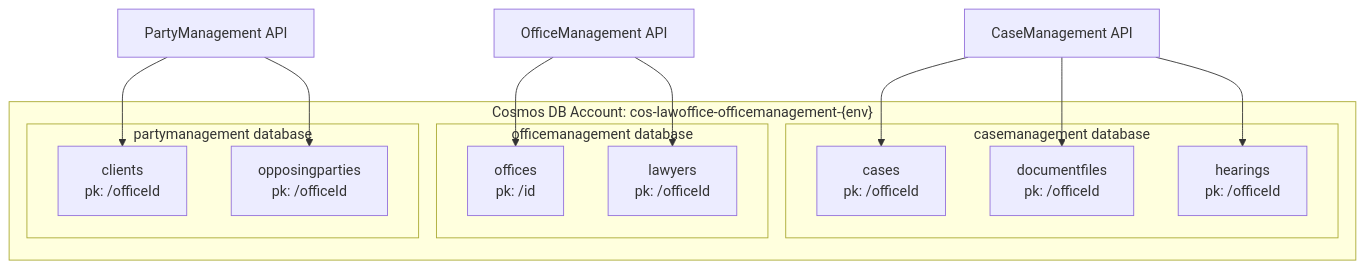
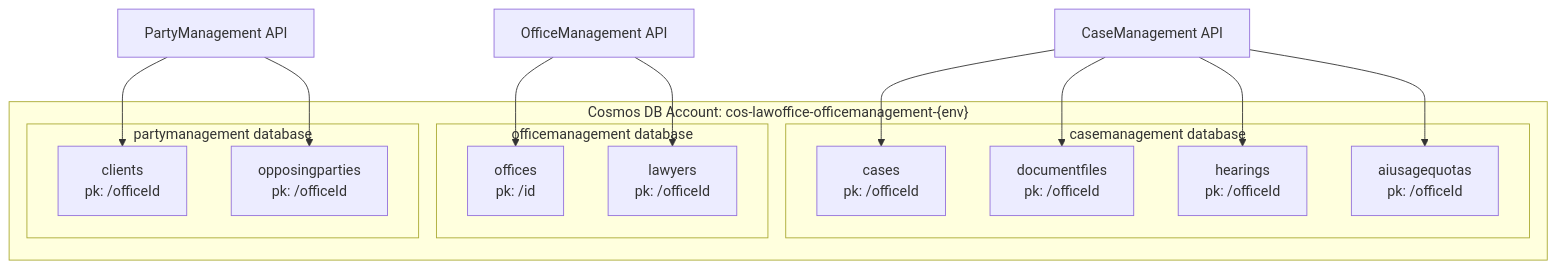
Before and after one commit to dejanefremovout/LawOffice: the first of 4 diagrams in docs/architecture/DATA_ARCHITECTURE.md, drawn with Mermaid. The commit also changed other lines of this file and 47 other files, not shown here.

````diff
--- a/docs/architecture/DATA_ARCHITECTURE.md
+++ b/docs/architecture/DATA_ARCHITECTURE.md
@@ -47,30 +48,32 @@
 ```mermaid
 graph TB
     subgraph "Cosmos DB Account: cos-lawoffice-officemanagement-{env}"
         subgraph "casemanagement database"
             C_CASES["cases<br/>pk: /officeId"]
             C_DOCS["documentfiles<br/>pk: /officeId"]
             C_HEAR["hearings<br/>pk: /officeId"]
+            C_AI["aiusagequotas<br/>pk: /officeId"]
         end
 
         subgraph "officemanagement database"
             O_OFFICES["offices<br/>pk: /id"]
             O_LAWYERS["lawyers<br/>pk: /officeId"]
         end
 
         subgraph "partymanagement database"
             P_CLIENTS["clients<br/>pk: /officeId"]
             P_OPPOSING["opposingparties<br/>pk: /officeId"]
         end
     end
 
     CaseAPI["CaseManagement API"] --> C_CASES
     CaseAPI --> C_DOCS
     CaseAPI --> C_HEAR
+    CaseAPI --> C_AI
 
     OfficeAPI["OfficeManagement API"] --> O_OFFICES
     OfficeAPI --> O_LAWYERS
 
     PartyAPI["PartyManagement API"] --> P_CLIENTS
     PartyAPI --> P_OPPOSING
 ```
````
